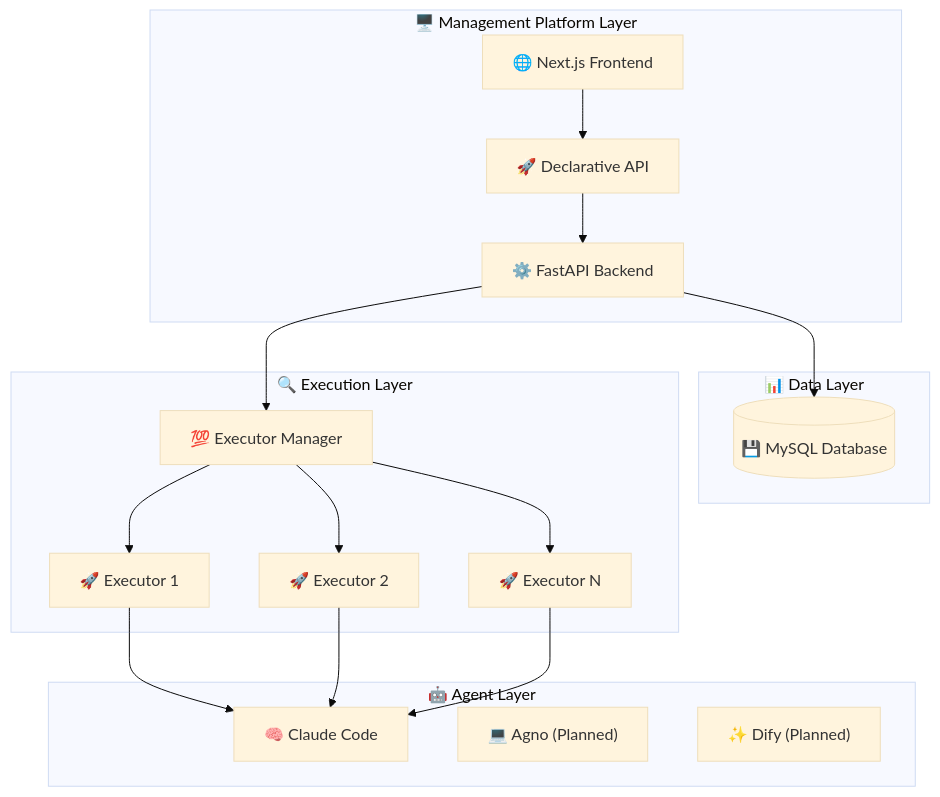
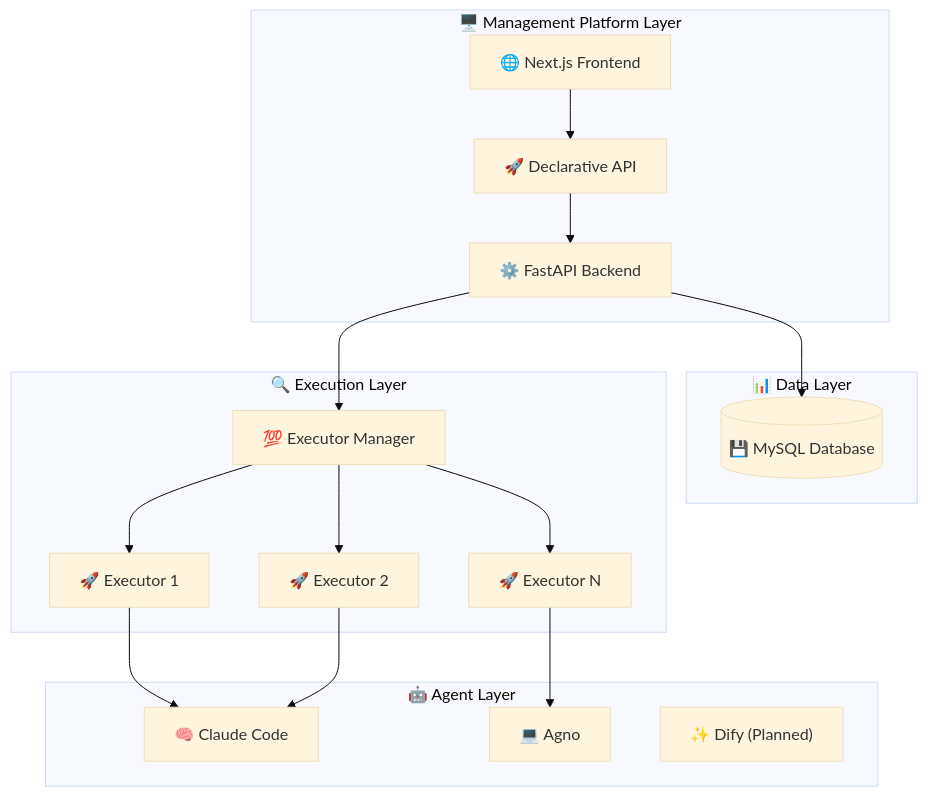
One commit to wecode-ai/Wegent changed the second of 2 diagrams in README.md. Above: the diagram before and after it, drawn with Mermaid (base theme). The commit also changed 1 other file, not shown here.

````diff
--- a/README.md
+++ b/README.md
@@ -166,40 +166,40 @@
 ```mermaid
 graph TB
     subgraph "🖥️ Management Platform Layer"
         Frontend["🌐 Next.js Frontend"]
         Backend["⚙️ FastAPI Backend"]
         API["🚀 Declarative API"]
     end
     
     subgraph "📊 Data Layer"
         MySQL[("💾 MySQL Database")]
     end
     
     subgraph "🔍 Execution Layer"
         ExecutorManager["💯 Executor Manager"]
         Executor1["🚀 Executor 1"]
         Executor2["🚀 Executor 2"]
         ExecutorN["🚀 Executor N"]
     end
     
     subgraph "🤖 Agent Layer"
         Claude["🧠 Claude Code"]
-        AngoPlanned["💻 Agno (Planned)"]
+        Ango["💻 Agno"]
         DifyPlanned["✨ Dify (Planned)"]
     end
   
     
     %% System Interactions
     Frontend --> API
     API --> Backend
     Backend --> MySQL
     Backend --> ExecutorManager
     ExecutorManager --> Executor1
     ExecutorManager --> Executor2
     ExecutorManager --> ExecutorN
     
     %% AI Program Integration (Currently only supports Claude Code)
     Executor1 --> Claude
     Executor2 --> Claude
-    ExecutorN --> Claude
+    ExecutorN --> Ango
 ```
````
